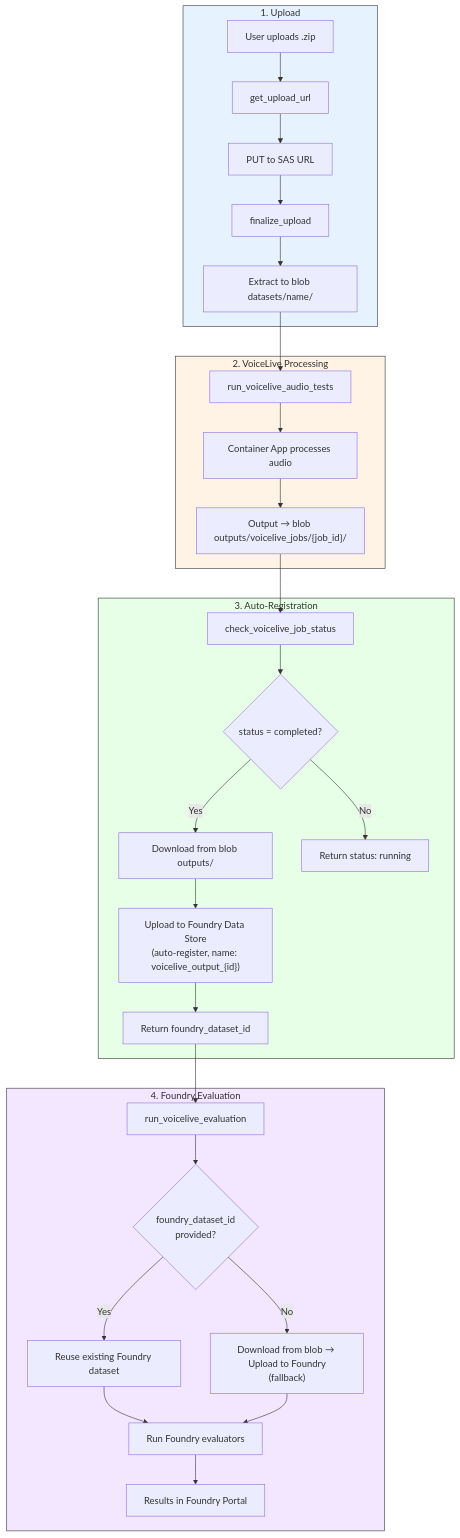
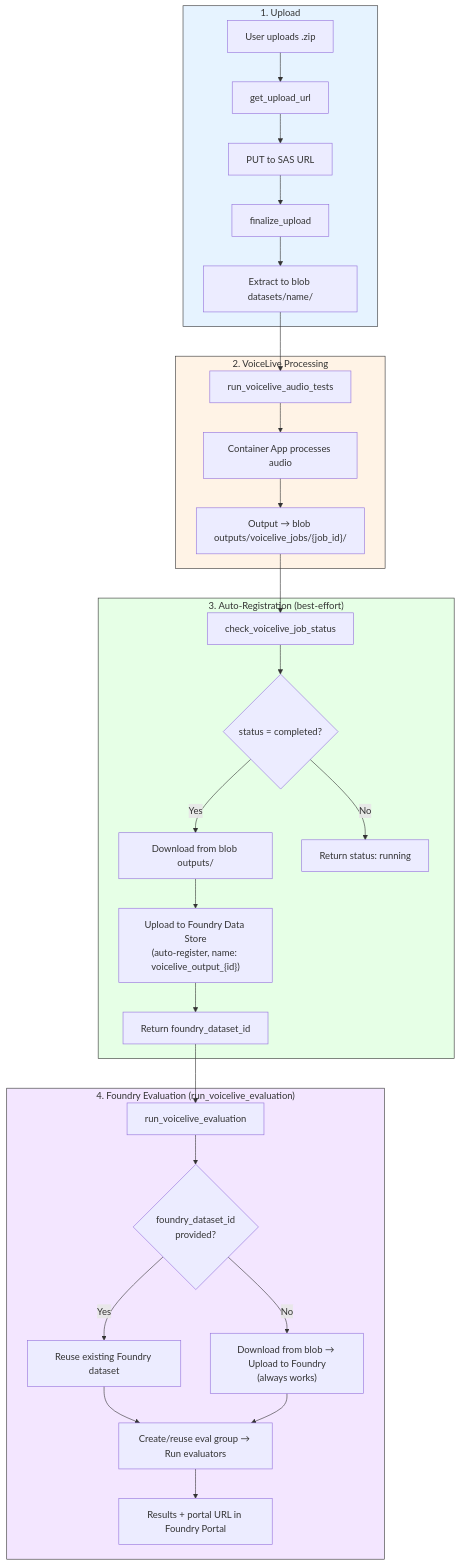
Before and after one commit to microsoft-foundry/voicelive-evaluation: the fifth of 18 diagrams in evaluation_agent/ARCHITECTURE.md, drawn with Mermaid. The commit also changed other lines of this file and 2 other files, not shown here.

First line of the commit message:
docs: Fix pipeline flow documentation and add eval group bug to known issues

````diff
--- a/evaluation_agent/ARCHITECTURE.md
+++ b/evaluation_agent/ARCHITECTURE.md
@@ -263,39 +263,39 @@
 ```mermaid
 flowchart TD
     subgraph Upload["1. Upload"]
         A[User uploads .zip] --> B[get_upload_url]
         B --> C[PUT to SAS URL]
         C --> D[finalize_upload]
         D --> E[Extract to blob datasets/name/]
     end
 
     subgraph Process["2. VoiceLive Processing"]
         E --> F[run_voicelive_audio_tests]
         F --> G[Container App processes audio]
         G --> H["Output → blob outputs/voicelive_jobs/{job_id}/"]
     end
 
-    subgraph Register["3. Auto-Registration"]
+    subgraph Register["3. Auto-Registration (best-effort)"]
         H --> I[check_voicelive_job_status]
         I --> J{status = completed?}
         J -- Yes --> K[Download from blob outputs/]
         K --> L["Upload to Foundry Data Store<br/>(auto-register, name: voicelive_output_{id})"]
         L --> M[Return foundry_dataset_id]
         J -- No --> N[Return status: running]
     end
 
-    subgraph Evaluate["4. Foundry Evaluation"]
+    subgraph Evaluate["4. Foundry Evaluation (run_voicelive_evaluation)"]
         M --> O[run_voicelive_evaluation]
         O --> P{foundry_dataset_id<br/>provided?}
         P -- Yes --> Q[Reuse existing Foundry dataset]
-        P -- No --> R["Download from blob → Upload to Foundry<br/>(fallback)"]
-        Q --> S[Run Foundry evaluators]
+        P -- No --> R["Download from blob → Upload to Foundry<br/>(always works)"]
+        Q --> S["Create/reuse eval group → Run evaluators"]
         R --> S
-        S --> T[Results in Foundry Portal]
+        S --> T["Results + portal URL in Foundry Portal"]
     end
 
     style Upload fill:#e6f3ff,stroke:#333
     style Process fill:#fff3e6,stroke:#333
     style Register fill:#e6ffe6,stroke:#333
     style Evaluate fill:#f3e6ff,stroke:#333
 ```
````
